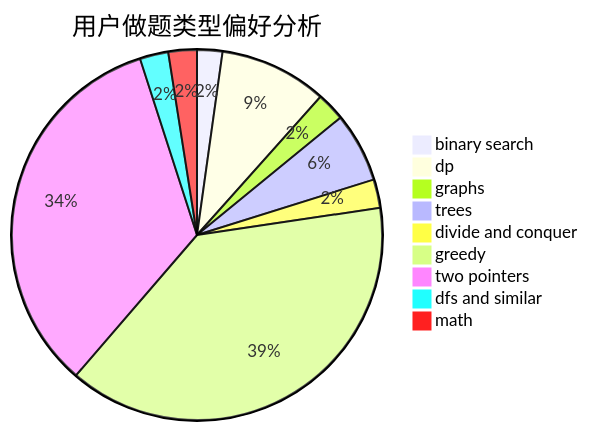
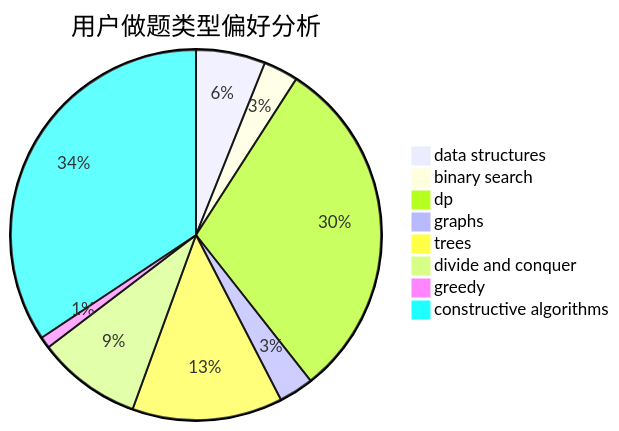
The second of 3 diagrams in docs/user/u1313.md (sherpahu/cfrs.github.io), drawn with Mermaid before and after one commit. The commit also changed other lines of this file and 2775 other files, not shown here.

````diff
--- a/docs/user/u1313.md
+++ b/docs/user/u1313.md
@@ -23,12 +23,11 @@
 ```mermaid
 pie title 用户做题类型偏好分析
-    "binary search" :  8
-    "dp" :  34
-    "graphs" :  9
-    "trees" :  22
+    "data structures" :  6
+    "binary search" :  3
+    "dp" :  30
+    "graphs" :  3
+    "trees" :  13
     "divide and conquer" :  9
-    "greedy" :  140
-    "two pointers" :  122
-    "dfs and similar" :  9
-    "math" :  9
+    "greedy" :  1
+    "constructive algorithms" :  34
 ```
````
